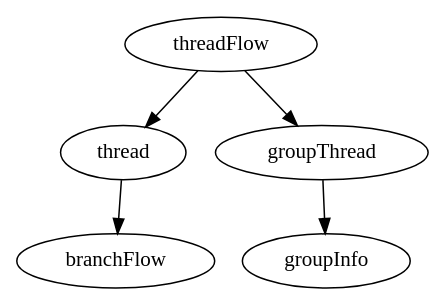
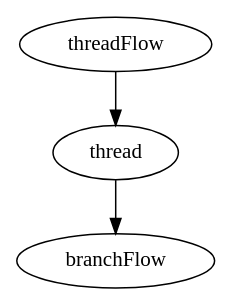
One commit to DeveloperPalmer/clarify-android changed the diagram in feature/chat-direct-thread/routing/src/main/way/thread_flow.dot. Above: the diagram before and after it, drawn with Graphviz. The commit also changed 62 other files, not shown here.

```diff
--- a/feature/chat-direct-thread/routing/src/main/way/thread_flow.dot
+++ b/feature/chat-direct-thread/routing/src/main/way/thread_flow.dot
@@ -1,18 +1,17 @@
 digraph ThreadFlow {
   package = "ru.sla.clarify.feature.chat.direct.thread.routing"
 
   threadFlow [
     type = "flow"
     parameterName = "target"
     parameterType = "ru.sla.clarify.feature.chat.direct.thread.domain.entity.ThreadTarget"
   ]
 
   branchFlow [
     type = "schema"
     parameterName = "id"
     parameterType = "ru.sla.clarify.feature.chat.branch.domain.entity.Branch.Id"
   ]
 
   threadFlow -> thread -> branchFlow
-  threadFlow -> groupThread -> groupInfo
 }
```
